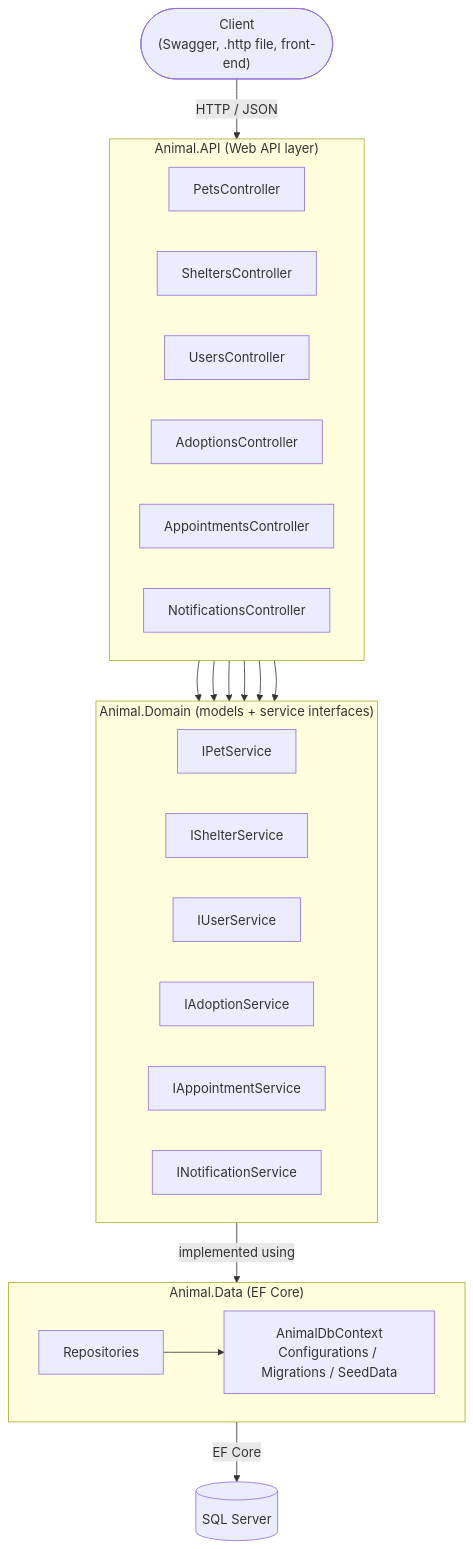
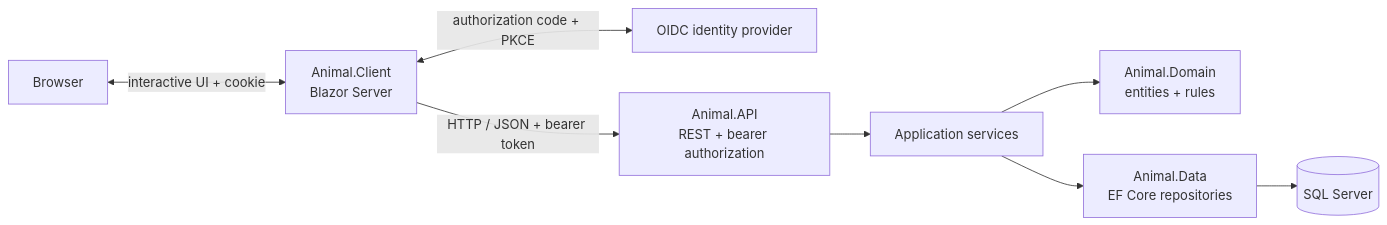
Before and after one commit to AidinYaseri/Team-5-Web-Programming: the first of 2 diagrams in README.md, drawn with Mermaid. The commit also changed other lines of this file and 57 other files, not shown here.

Commit message:
WI-4/WI-10/WI-11: implement client, notifications, appointments, and docs

````diff
--- a/README.md
+++ b/README.md
@@ -27,45 +22,19 @@
 ```mermaid
-flowchart TB
-    Client(["Client<br/>(Swagger, .http file, front-end)"])
+flowchart LR
+    Browser[Browser]
+    Client[Animal.Client<br/>Blazor Server]
+    Identity[OIDC identity provider]
+    API[Animal.API<br/>REST + bearer authorization]
+    Services[Application services]
+    Domain[Animal.Domain<br/>entities + rules]
+    Data[Animal.Data<br/>EF Core repositories]
+    DB[(SQL Server)]
 
-    subgraph API["Animal.API  (Web API layer)"]
-        direction LR
-        PetsC[PetsController]
-        SheltersC[SheltersController]
-        UsersC[UsersController]
-        AdoptionsC[AdoptionsController]
-        AppointmentsC[AppointmentsController]
-        NotificationsC[NotificationsController]
-    end
-
-    subgraph DOMAIN["Animal.Domain  (models + service interfaces)"]
-        direction LR
-        PetS[IPetService]
-        ShelterS[IShelterService]
-        UserS[IUserService]
-        AdoptionS[IAdoptionService]
-        AppointmentS[IAppointmentService]
-        NotificationS[INotificationService]
-    end
-
-    subgraph DATA["Animal.Data  (EF Core)"]
-        direction LR
-        Repos["Repositories"]
-        Ctx["AnimalDbContext<br/>Configurations / Migrations / SeedData"]
-    end
-
-    DB[("SQL Server")]
-
-    Client -->|HTTP / JSON| API
-
-    PetsC --> PetS
-    SheltersC --> ShelterS
-    UsersC --> UserS
-    AdoptionsC --> AdoptionS
-    AppointmentsC --> AppointmentS
-    NotificationsC --> NotificationS
-
-    DOMAIN -->|implemented using| DATA
-    Repos --> Ctx
-    DATA -->|EF Core| DB
+    Browser <-->|interactive UI + cookie| Client
+    Client <-->|authorization code + PKCE| Identity
+    Client -->|HTTP / JSON + bearer token| API
+    API --> Services
+    Services --> Domain
+    Services --> Data
+    Data --> DB
 ```
````
